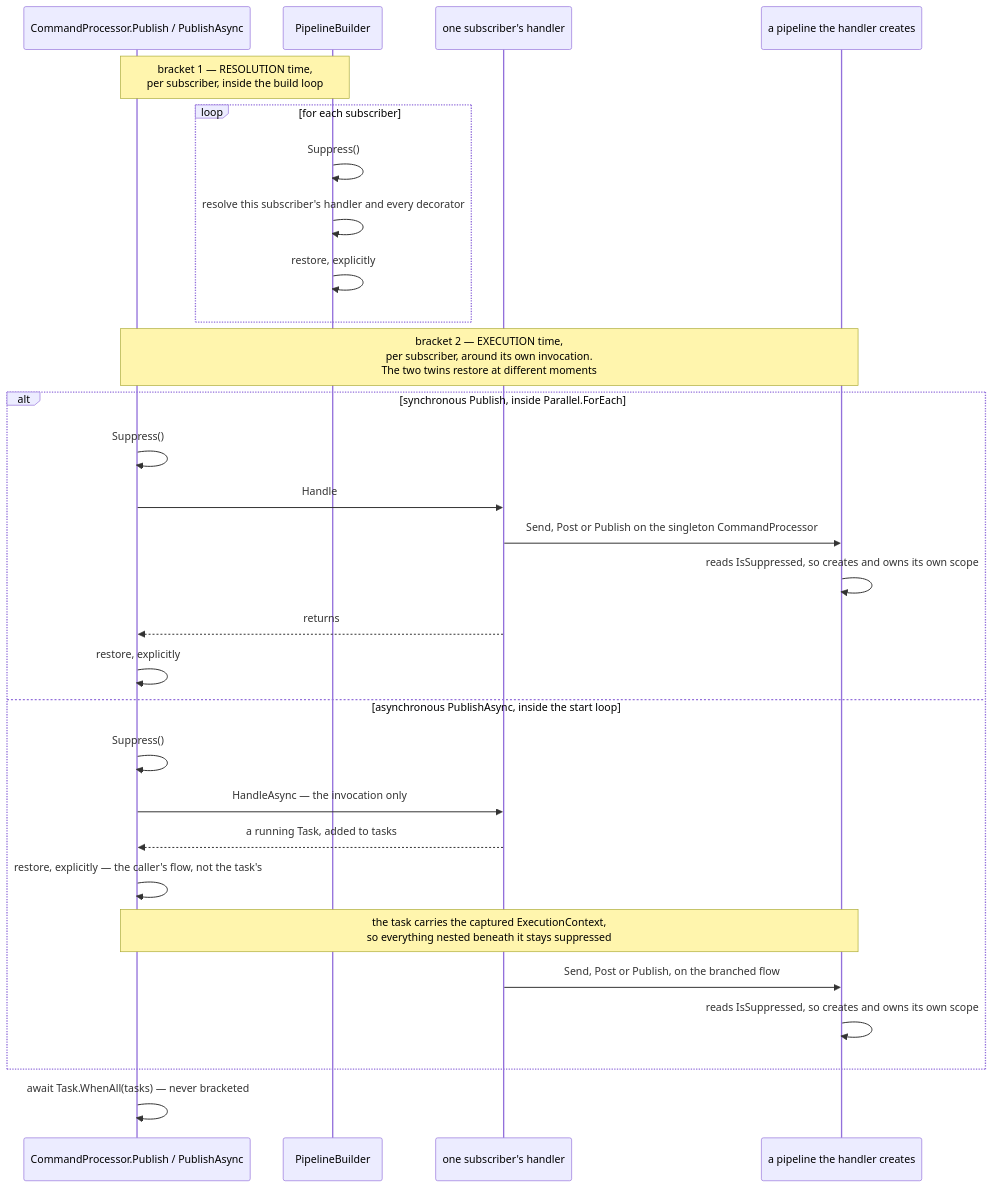
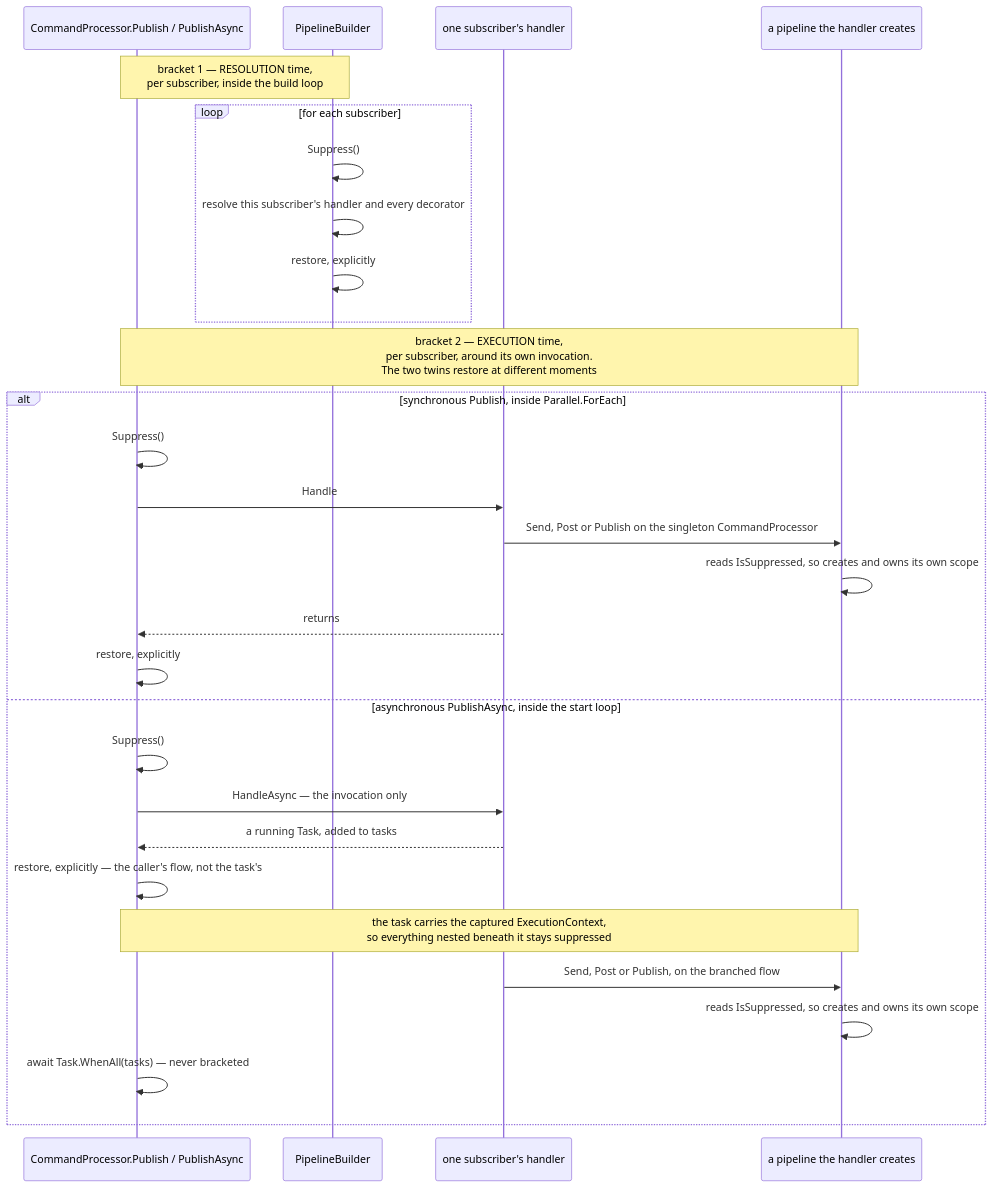
One commit to BrighterCommand/Brighter changed the first of 2 diagrams in docs/adr/0075-publish-subscriber-scope-suppression.md. Above: the diagram before and after it, drawn with Mermaid. The commit also changed other lines of this file, not shown here.

````diff
--- a/docs/adr/0075-publish-subscriber-scope-suppression.md
+++ b/docs/adr/0075-publish-subscriber-scope-suppression.md
@@ -91,33 +91,33 @@
 ```mermaid
 sequenceDiagram
     participant CP as CommandProcessor.Publish / PublishAsync
     participant PB as PipelineBuilder
     participant Sub as one subscriber's handler
     participant Nested as a pipeline the handler creates
 
     Note over CP,PB: bracket 1 — RESOLUTION time,<br/>per subscriber, inside the build loop
     loop for each subscriber
         PB->>PB: Suppress()
         PB->>PB: resolve this subscriber's handler and every decorator
         PB->>PB: restore, explicitly
     end
 
     Note over CP,Nested: bracket 2 — EXECUTION time,<br/>per subscriber, around its own invocation.<br/>The two twins restore at different moments
     alt synchronous Publish, inside Parallel.ForEach
         CP->>CP: Suppress()
         CP->>Sub: Handle
         Sub->>Nested: Send, Post or Publish on the singleton CommandProcessor
         Nested->>Nested: reads IsSuppressed, so creates and owns its own scope
         Sub-->>CP: returns
         CP->>CP: restore, explicitly
     else asynchronous PublishAsync, inside the start loop
         CP->>CP: Suppress()
         CP->>Sub: HandleAsync — the invocation only
         Sub-->>CP: a running Task, added to tasks
         CP->>CP: restore, explicitly — the caller's flow, not the task's
         Note over CP,Nested: the task carries the captured ExecutionContext,<br/>so everything nested beneath it stays suppressed
         Sub->>Nested: Send, Post or Publish, on the branched flow
         Nested->>Nested: reads IsSuppressed, so creates and owns its own scope
+        CP->>CP: await Task.WhenAll(tasks) — never bracketed
     end
-    CP->>CP: await Task.WhenAll(tasks) — never bracketed
 ```
````
